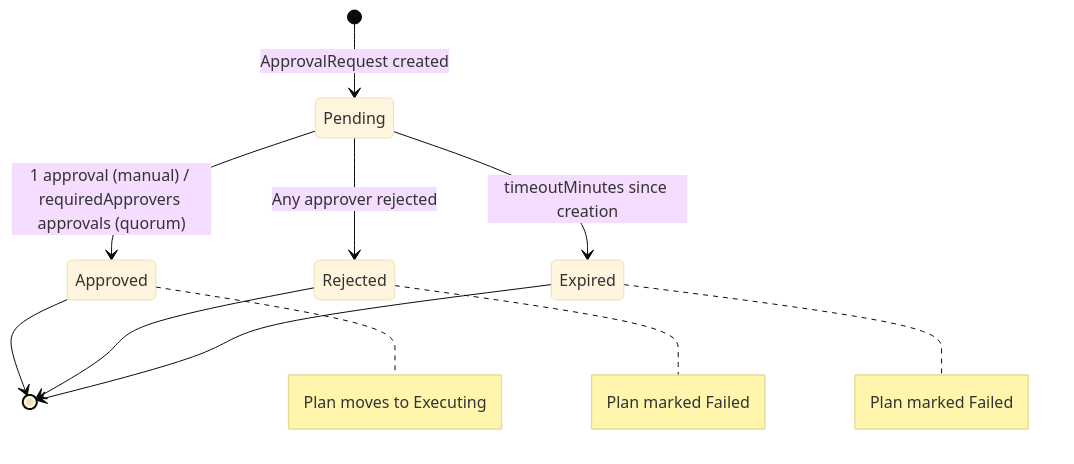
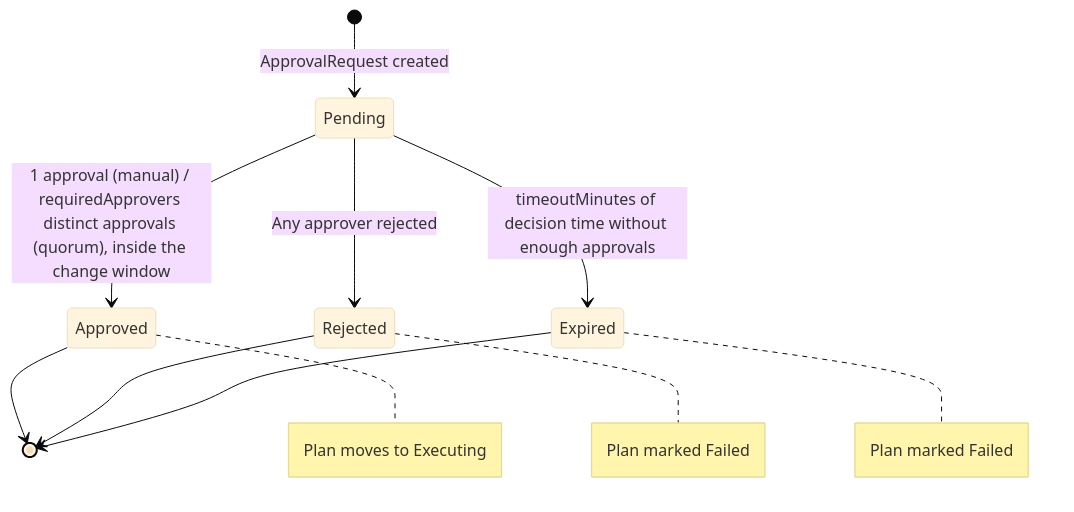
Before and after one commit to diillson/chatcli.ai: the second of 3 diagrams in features/aiops/approval-workflow.mdx, drawn with Mermaid (base theme). The commit also changed other lines of this file and 105 other files, not shown here.

````diff
--- a/features/aiops/approval-workflow.mdx
+++ b/features/aiops/approval-workflow.mdx
@@ -302,14 +316,14 @@
 ```mermaid
 stateDiagram-v2
     [*] --> Pending : ApprovalRequest created
-    Pending --> Approved : 1 approval (manual) / requiredApprovers approvals (quorum)
+    Pending --> Approved : 1 approval (manual) / requiredApprovers distinct approvals (quorum), inside the change window
     Pending --> Rejected : Any approver rejected
-    Pending --> Expired : timeoutMinutes since creation
+    Pending --> Expired : timeoutMinutes of decision time without enough approvals
     Approved --> [*]
     Rejected --> [*]
     Expired --> [*]
 
     note right of Approved : Plan moves to Executing
     note right of Rejected : Plan marked Failed
     note right of Expired : Plan marked Failed
 ```
````
